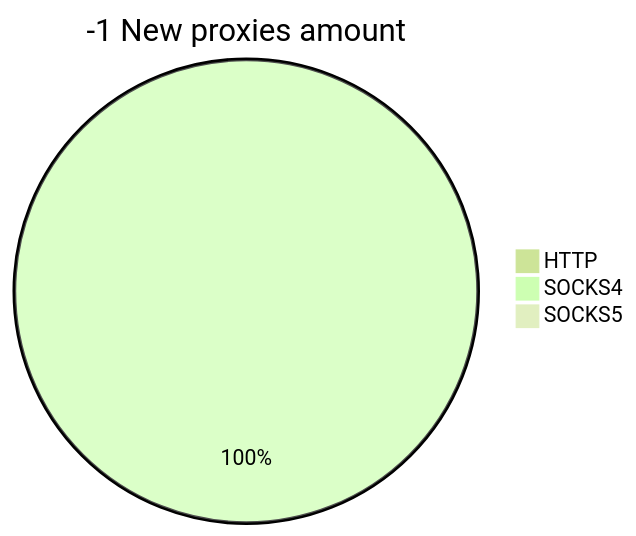
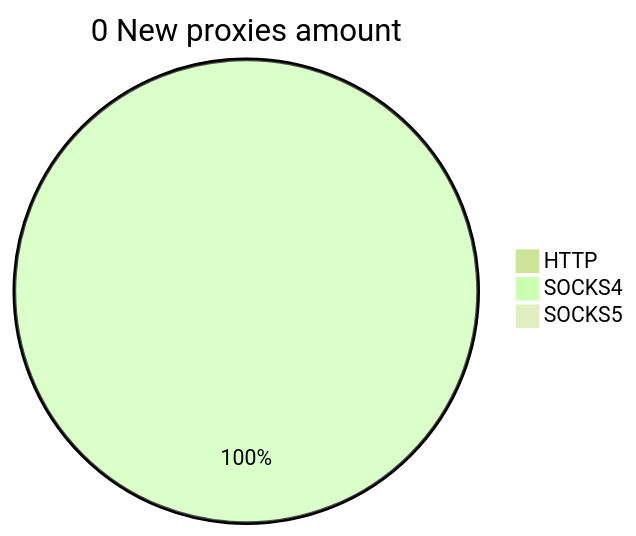
One commit to cutipu/proxylist changed the second of 2 diagrams in README.md. Above: the diagram before and after it, drawn with Mermaid (forest theme). The commit also changed other lines of this file, not shown here.

````diff
--- a/README.md
+++ b/README.md
@@ -10,6 +10,6 @@
 ```mermaid
-pie title -1 New proxies amount
+pie title 0 New proxies amount
     "HTTP" : 0
-    "SOCKS4" : 1
+    "SOCKS4" : 2
     "SOCKS5" : 0
 ```
````
